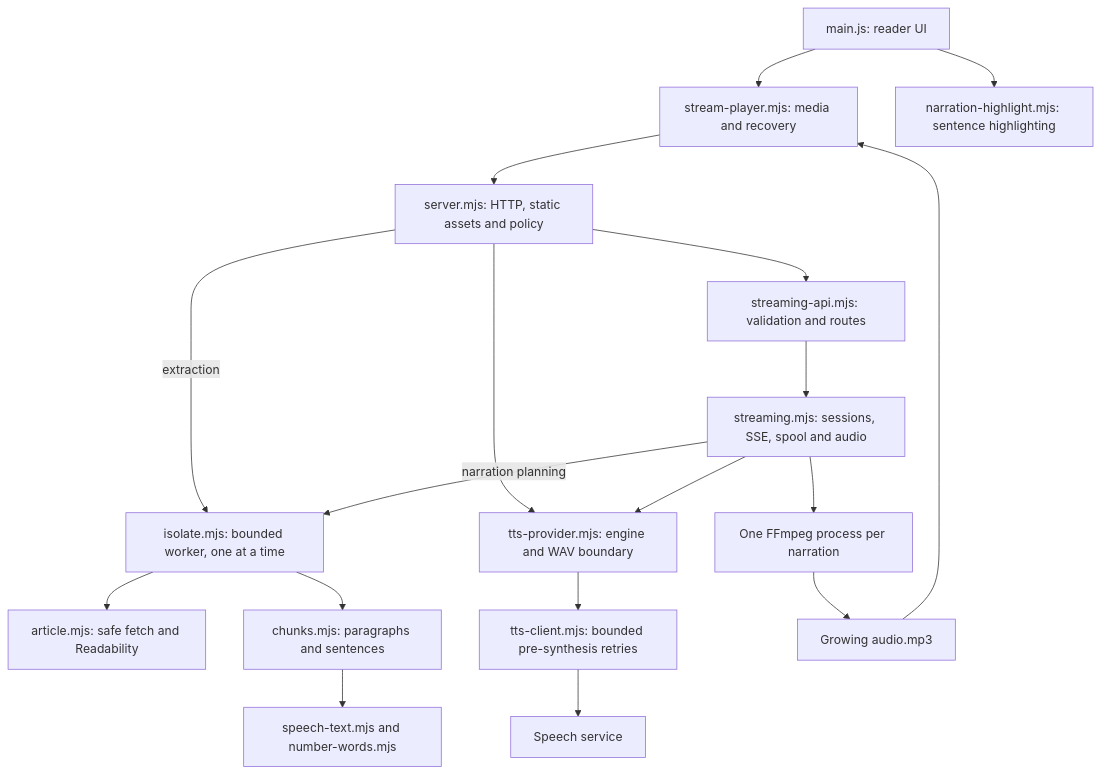
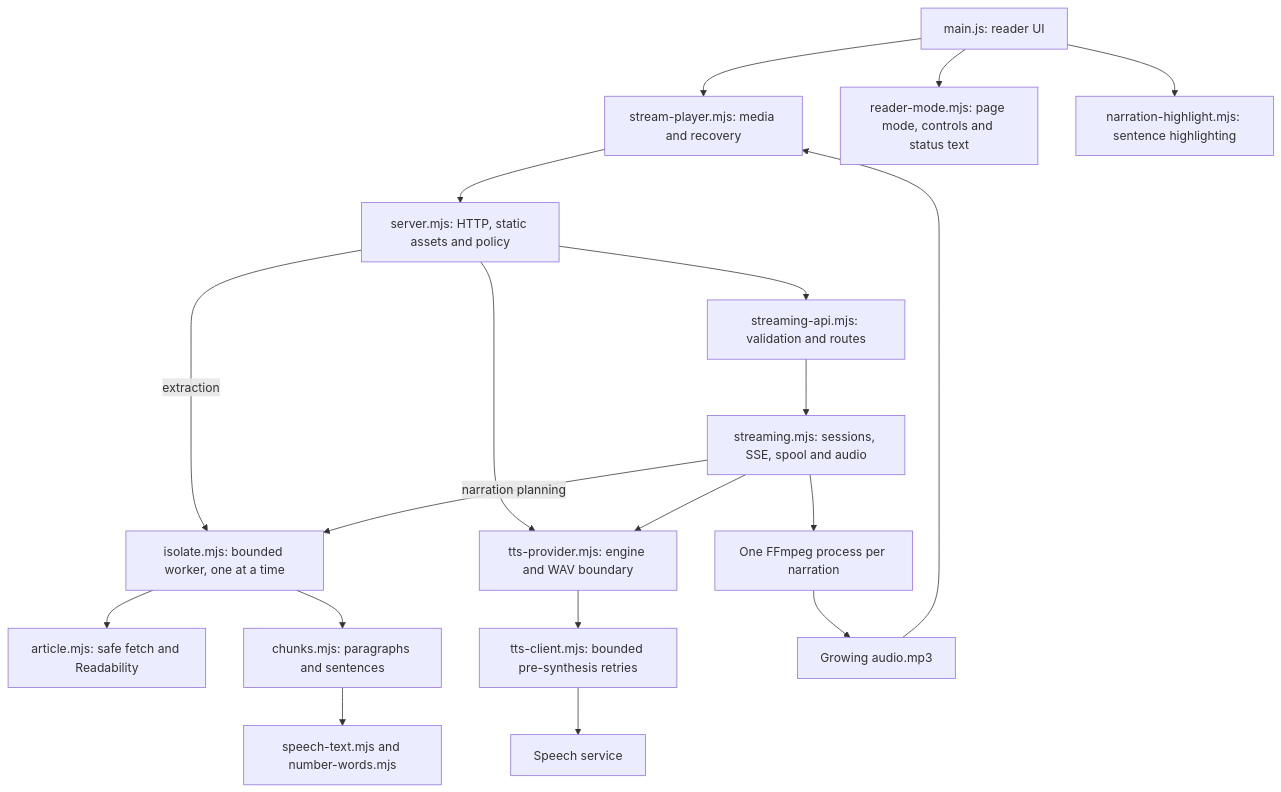
Before and after one commit to acramatte/article-reader: the second of 8 diagrams in docs/architecture.md, drawn with Mermaid. The commit also changed other lines of this file and 5 other files, not shown here.

````diff
--- a/docs/architecture.md
+++ b/docs/architecture.md
@@ -39,20 +39,21 @@
 ```mermaid
 flowchart TD
     UI[main.js: reader UI] --> Player[stream-player.mjs: media and recovery]
+    UI --> Mode[reader-mode.mjs: page mode, controls and status text]
     UI --> Highlight[narration-highlight.mjs: sentence highlighting]
     Player --> HTTP[server.mjs: HTTP, static assets and policy]
     HTTP -->|extraction| Isolate[isolate.mjs: bounded worker, one at a time]
     Isolate --> Article[article.mjs: safe fetch and Readability]
     HTTP --> API[streaming-api.mjs: validation and routes]
     API --> Sessions[streaming.mjs: sessions, SSE, spool and audio]
     Sessions -->|narration planning| Isolate
     Isolate --> Chunks[chunks.mjs: paragraphs and sentences]
     Chunks --> Speech[speech-text.mjs and number-words.mjs]
     HTTP --> Provider[tts-provider.mjs: engine and WAV boundary]
     Sessions --> Provider
     Provider --> Retry[tts-client.mjs: bounded pre-synthesis retries]
     Retry --> Inference[Speech service]
     Sessions --> Encoder[One FFmpeg process per narration]
     Encoder --> Spool[Growing audio.mp3]
     Spool --> Player
 ```
````
